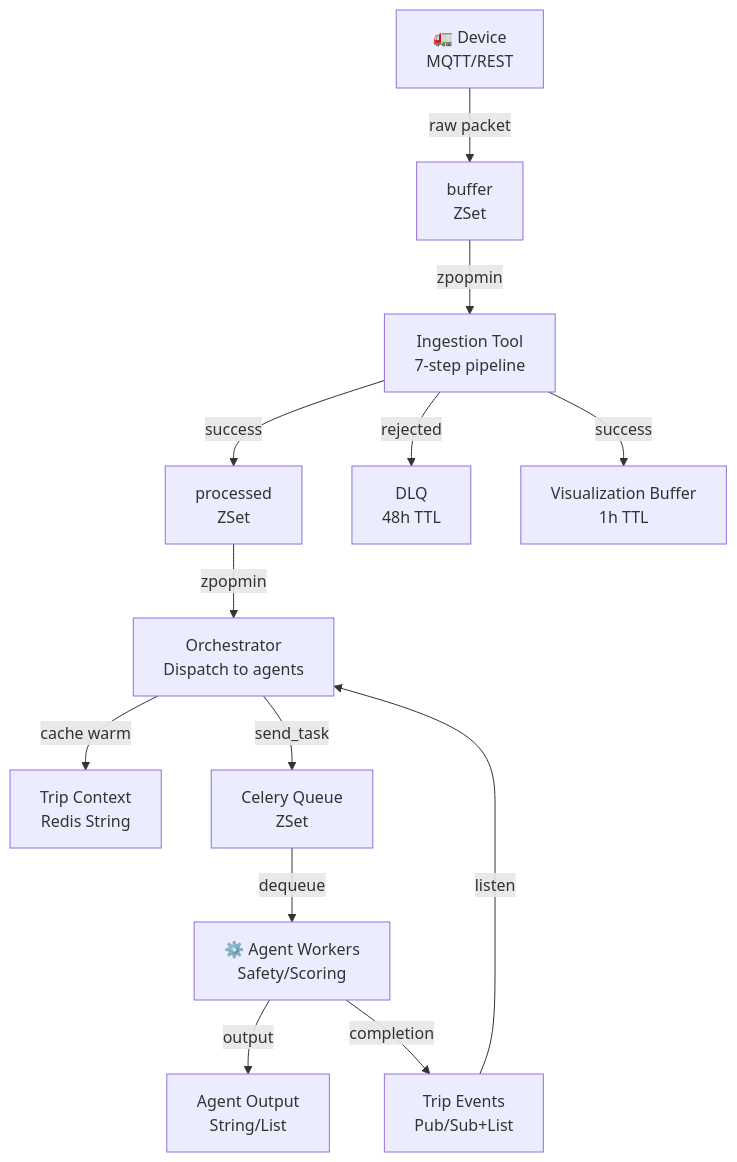
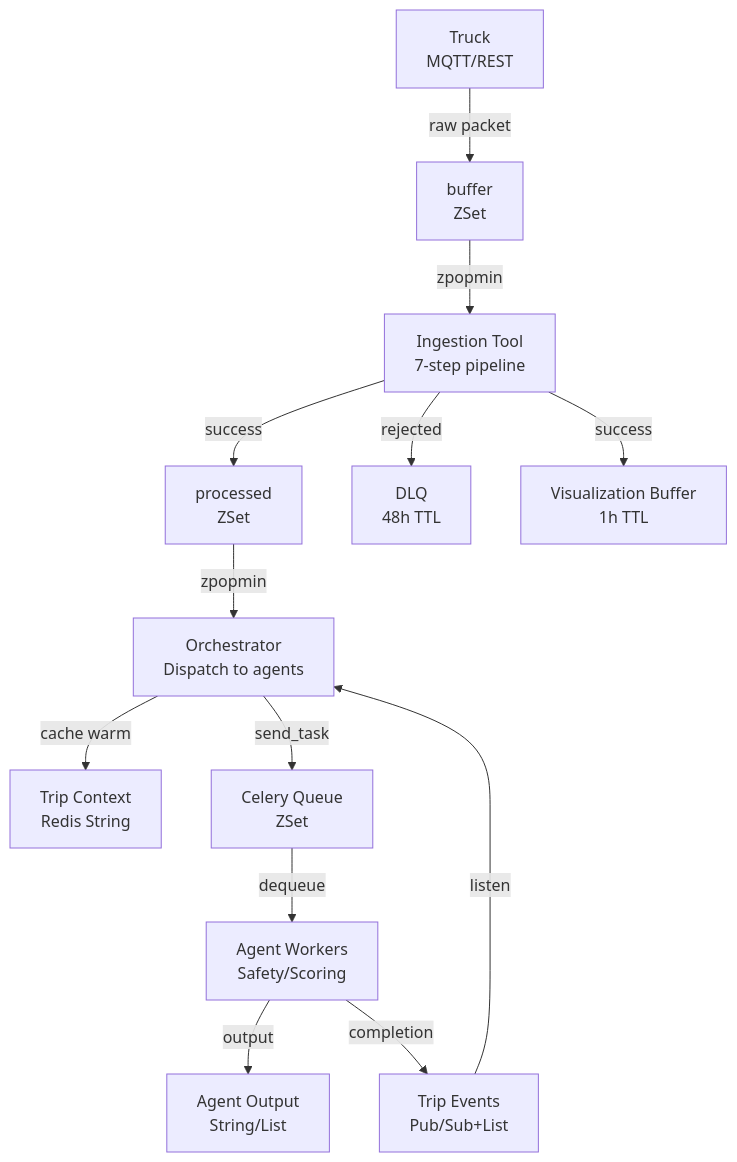
Before and after one commit to tracedata-ai/tracedata-ai-monorepo: the diagram in backend/common/redis/README.md, drawn with Mermaid. The commit also changed other lines of this file, not shown here.

````diff
--- a/backend/common/redis/README.md
+++ b/backend/common/redis/README.md
@@ -42,15 +40,15 @@
 ```mermaid
 graph TD
-    A["🚛 Device<br/>MQTT/REST"] -->|raw packet| B["buffer<br/>ZSet"]
+    A["Truck<br/>MQTT/REST"] -->|raw packet| B["buffer<br/>ZSet"]
     B -->|zpopmin| C["Ingestion Tool<br/>7-step pipeline"]
     C -->|success| D["processed<br/>ZSet"]
     C -->|rejected| E["DLQ<br/>48h TTL"]
     D -->|zpopmin| F["Orchestrator<br/>Dispatch to agents"]
     F -->|cache warm| G["Trip Context<br/>Redis String"]
     F -->|send_task| H["Celery Queue<br/>ZSet"]
-    H -->|dequeue| I["⚙️ Agent Workers<br/>Safety/Scoring"]
+    H -->|dequeue| I["Agent Workers<br/>Safety/Scoring"]
     I -->|output| J["Agent Output<br/>String/List"]
     I -->|completion| K["Trip Events<br/>Pub/Sub+List"]
     K -->|listen| F
     C -->|success| L["Visualization Buffer<br/>1h TTL"]
 ```
````
